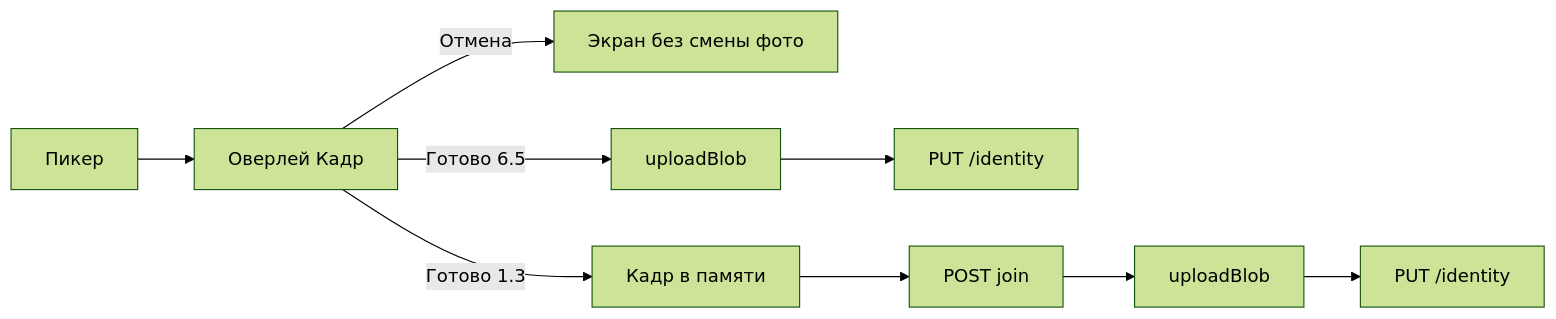
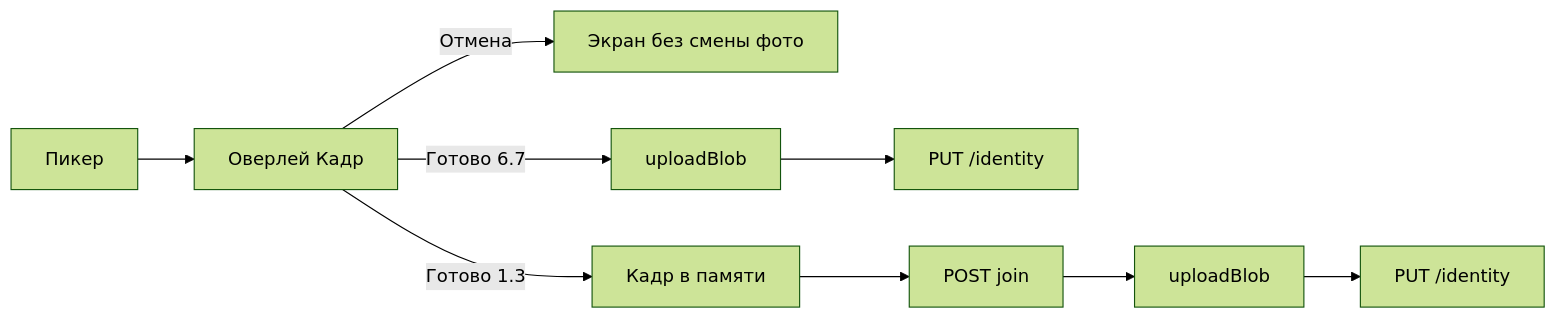
Before and after one commit to mixeme/wynd: the second of 2 diagrams in docs/reference/client-reference.md, drawn with Mermaid (forest theme). The commit also changed other lines of this file and 271 other files, not shown here.

````diff
--- a/docs/reference/client-reference.md
+++ b/docs/reference/client-reference.md
@@ -94,11 +95,11 @@
 ```mermaid
 flowchart LR
   pick[Пикер] --> crop[Оверлей Кадр]
   crop -->|Отмена| stay[Экран без смены фото]
-  crop -->|Готово 6.5| up1[uploadBlob]
+  crop -->|Готово 6.7| up1[uploadBlob]
   up1 --> put1["PUT /identity"]
   crop -->|Готово 1.3| mem[Кадр в памяти]
   mem --> join["POST join"]
   join --> up2[uploadBlob]
   up2 --> put2["PUT /identity"]
 ```
````
